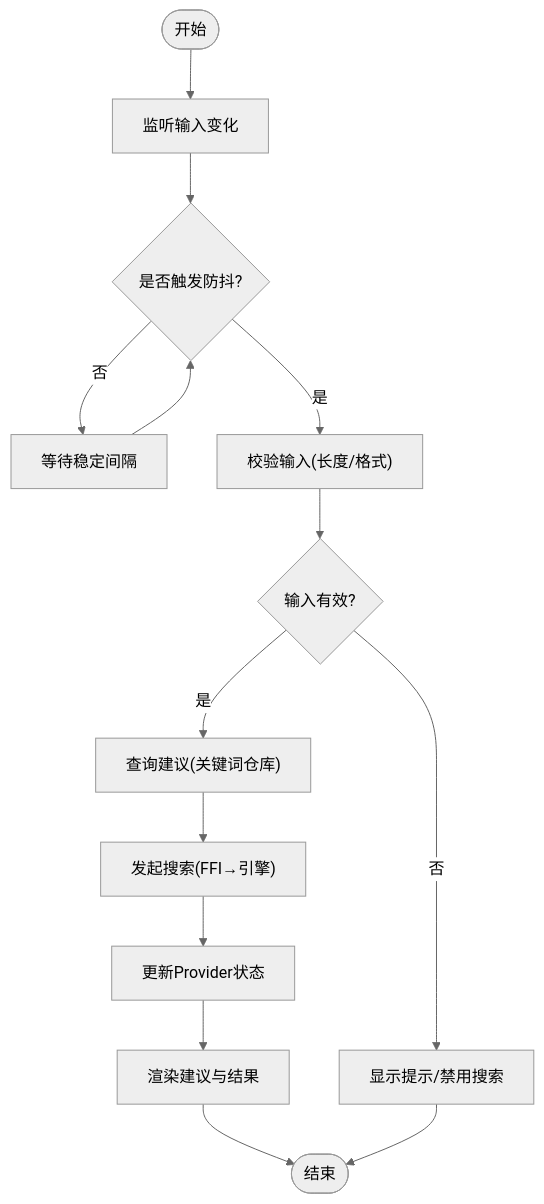
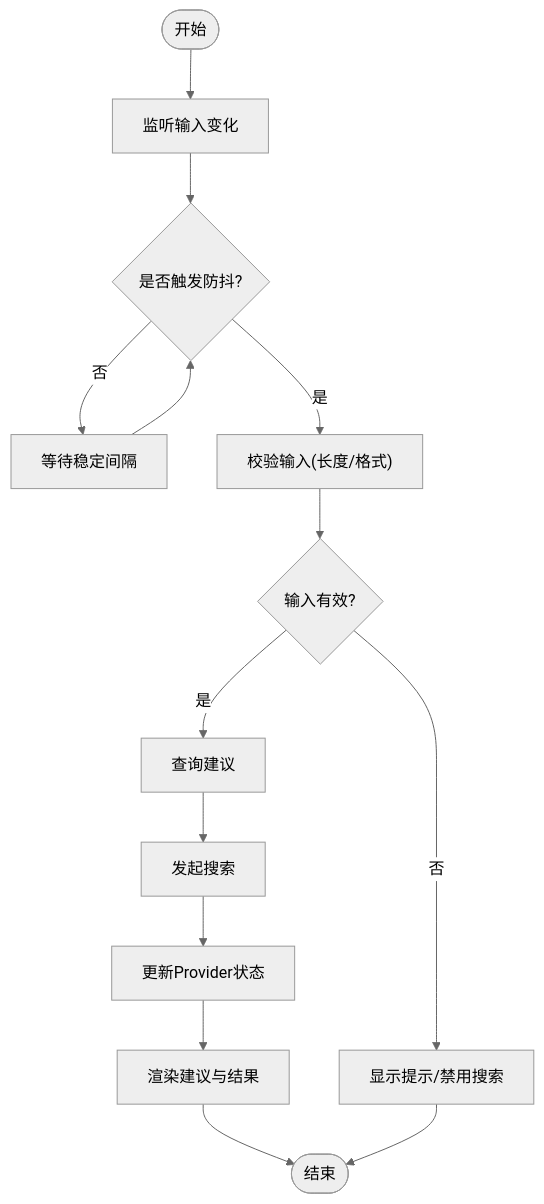
Before and after one commit to ZhangGHGitHub/LegadoTeamFlutter: the fifth of 7 diagrams in .qoder/repowiki/zh/content/搜索功能/搜索界面组件/搜索界面组件.md, drawn with Mermaid (neutral theme). The commit also changed other lines of this file and 173 other files, not shown here.

````diff
--- a/.qoder/repowiki/zh/content/搜索功能/搜索界面组件/搜索界面组件.md
+++ b/.qoder/repowiki/zh/content/搜索功能/搜索界面组件/搜索界面组件.md
@@ -167,16 +281,16 @@
 ```mermaid
 flowchart TD
 Start(["开始"]) --> Input["监听输入变化"]
 Input --> Debounce{"是否触发防抖?"}
 Debounce --> |否| Wait["等待稳定间隔"]
 Wait --> Debounce
 Debounce --> |是| Validate["校验输入(长度/格式)"]
 Validate --> Valid{"输入有效?"}
 Valid --> |否| ShowHint["显示提示/禁用搜索"]
-Valid --> |是| QuerySuggest["查询建议(关键词仓库)"]
-QuerySuggest --> FetchResults["发起搜索(FFI→引擎)"]
+Valid --> |是| QuerySuggest["查询建议"]
+QuerySuggest --> FetchResults["发起搜索"]
 FetchResults --> UpdateState["更新Provider状态"]
 UpdateState --> Render["渲染建议与结果"]
 Render --> End(["结束"])
 ShowHint --> End
 ```
````
